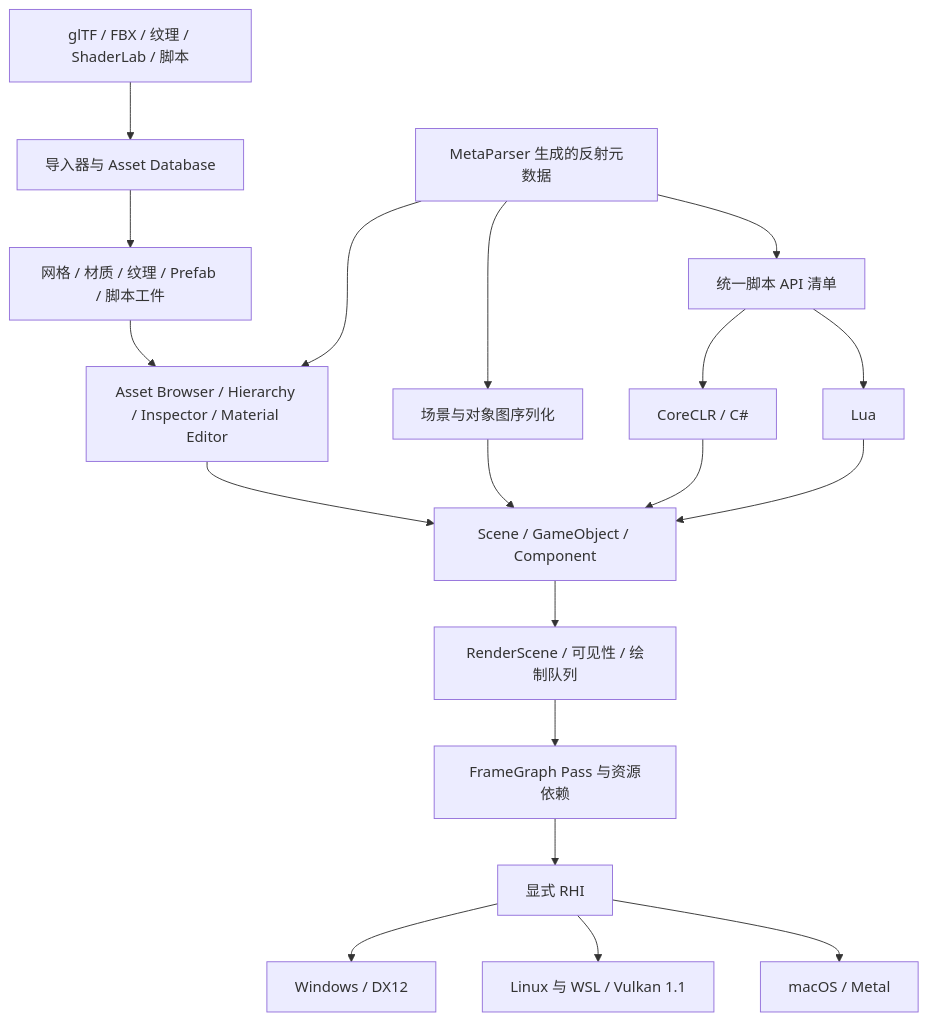
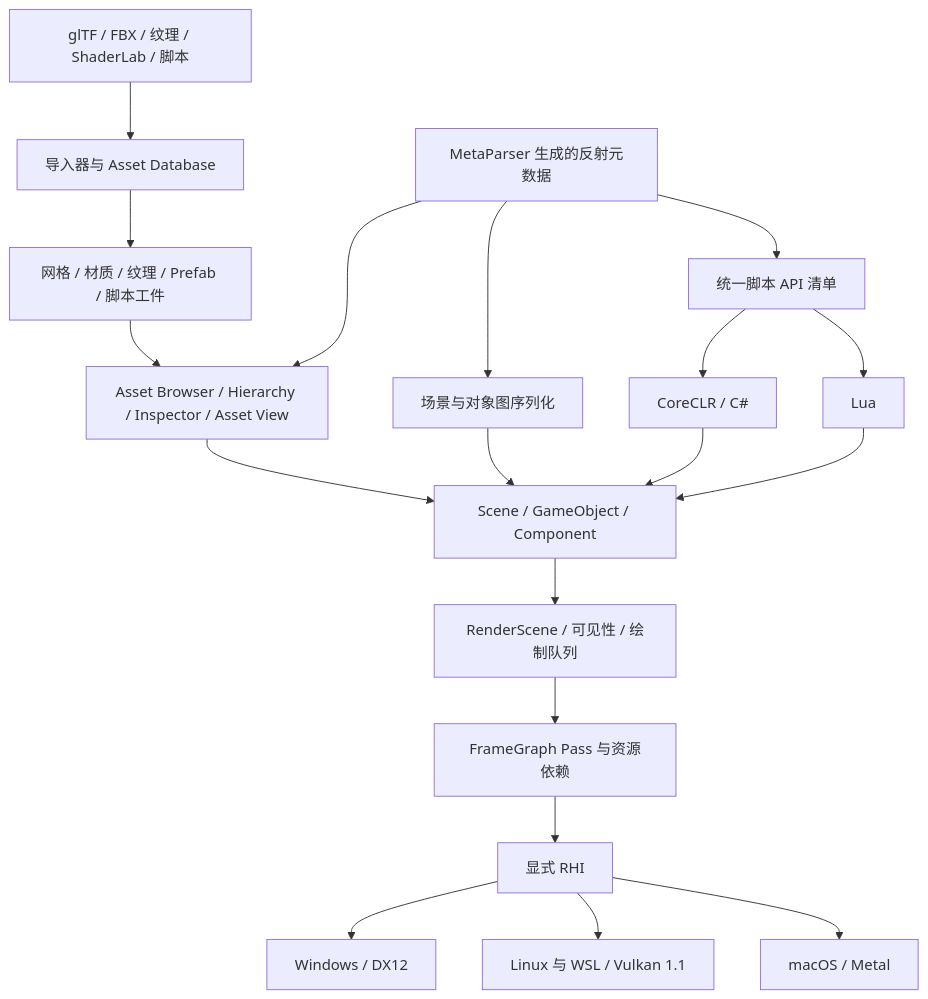
The diagram in Docs/Blog/FromTriangleToWorkflow.zh-CN.md (NullusEngine/Nullus), drawn with Mermaid before and after one commit. The commit also changed other lines of this file and 6 other files, not shown here.

````diff
--- a/Docs/Blog/FromTriangleToWorkflow.zh-CN.md
+++ b/Docs/Blog/FromTriangleToWorkflow.zh-CN.md
@@ -31,21 +31,21 @@
 ```mermaid
 flowchart TD
     Source["glTF / FBX / 纹理 / ShaderLab / 脚本"] --> Import["导入器与 Asset Database"]
     Import --> Artifact["网格 / 材质 / 纹理 / Prefab / 脚本工件"]
-    Artifact --> Editor["Asset Browser / Hierarchy / Inspector / Material Editor"]
+    Artifact --> Editor["Asset Browser / Hierarchy / Inspector / Asset View"]
     Meta["MetaParser 生成的反射元数据"] --> Editor
     Meta --> Serialization["场景与对象图序列化"]
     Meta --> ScriptApi["统一脚本 API 清单"]
     Editor --> Scene["Scene / GameObject / Component"]
     Serialization --> Scene
     ScriptApi --> CSharp["CoreCLR / C#"]
     ScriptApi --> Lua["Lua"]
     CSharp --> Scene
     Lua --> Scene
     Scene --> RenderScene["RenderScene / 可见性 / 绘制队列"]
     RenderScene --> FrameGraph["FrameGraph Pass 与资源依赖"]
     FrameGraph --> RHI["显式 RHI"]
     RHI --> DX12["Windows / DX12"]
     RHI --> Vulkan["Linux 与 WSL / Vulkan 1.1"]
     RHI --> Metal["macOS / Metal"]
 ```
````
